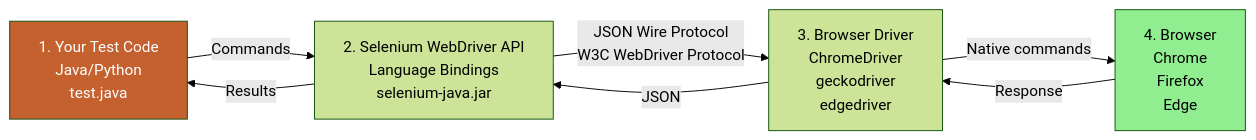
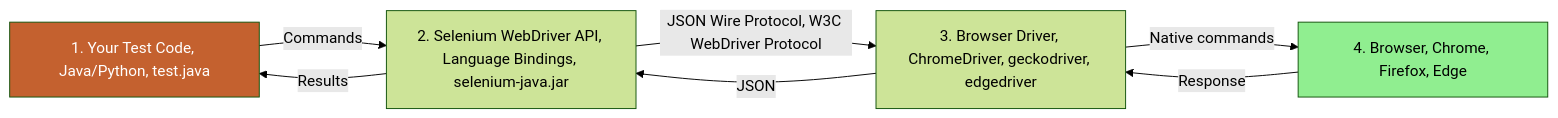
One commit to namnd0806/automation-testing-cource changed the fifth of 9 diagrams in 04-selenium-introduction.md. Above: the diagram before and after it, drawn with Mermaid (forest theme). The commit also changed other lines of this file and 4 other files, not shown here.

First line of the commit message:
Fix: Sửa tất cả sơ đồ Mermaid lỗi format

````diff
--- a/04-selenium-introduction.md
+++ b/04-selenium-introduction.md
@@ -184,20 +184,20 @@
 ```mermaid
 graph LR
-    A[1. Your Test Code<br/>Java/Python<br/>test.java]
+    A[1. Your Test Code, Java/Python, test.java]
     
-    B[2. Selenium WebDriver API<br/>Language Bindings<br/>selenium-java.jar]
+    B[2. Selenium WebDriver API, Language Bindings, selenium-java.jar]
     
-    C[3. Browser Driver<br/>ChromeDriver<br/>geckodriver<br/>edgedriver]
+    C[3. Browser Driver, ChromeDriver, geckodriver, edgedriver]
     
-    D[4. Browser<br/>Chrome<br/>Firefox<br/>Edge]
+    D[4. Browser, Chrome, Firefox, Edge]
     
     A -->|Commands| B
-    B -->|JSON Wire Protocol<br/>W3C WebDriver Protocol| C
+    B -->|JSON Wire Protocol, W3C WebDriver Protocol| C
     C -->|Native commands| D
     D -->|Response| C
     C -->|JSON| B
     B -->|Results| A
     
     style A fill:#C4612F,color:#fff
     style D fill:#90EE90
 ```
````
